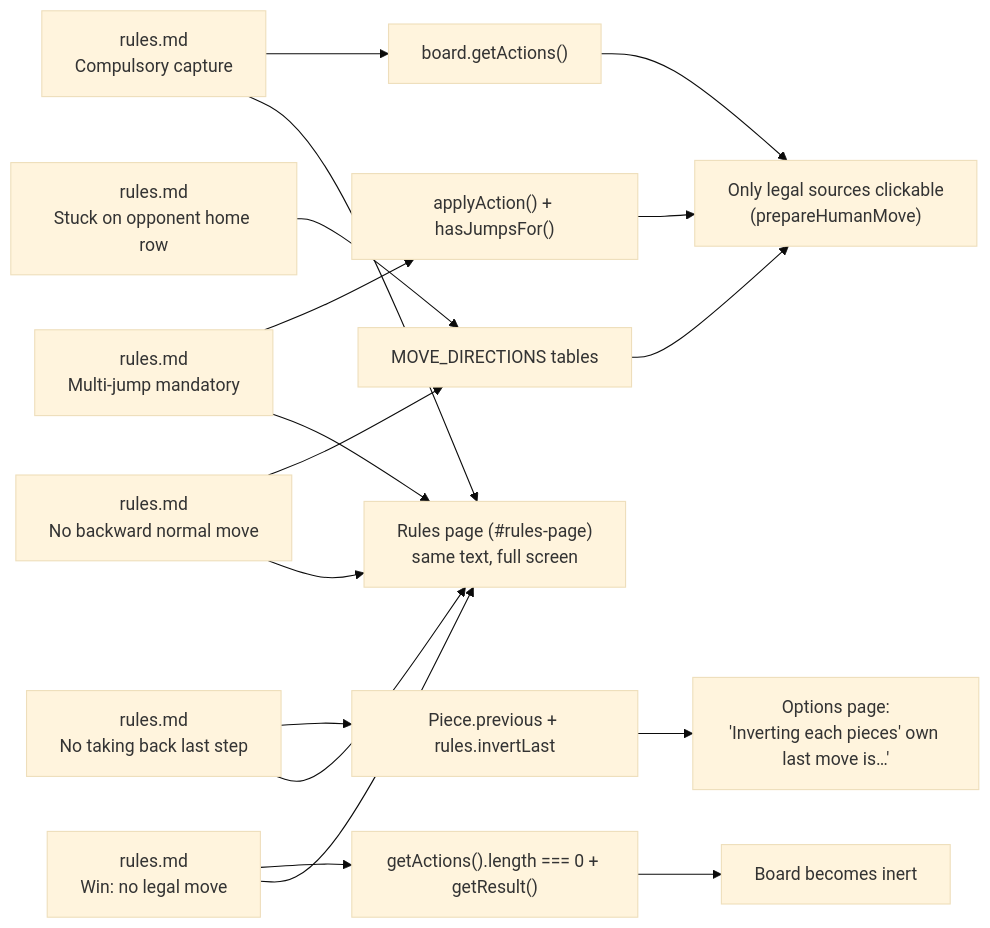
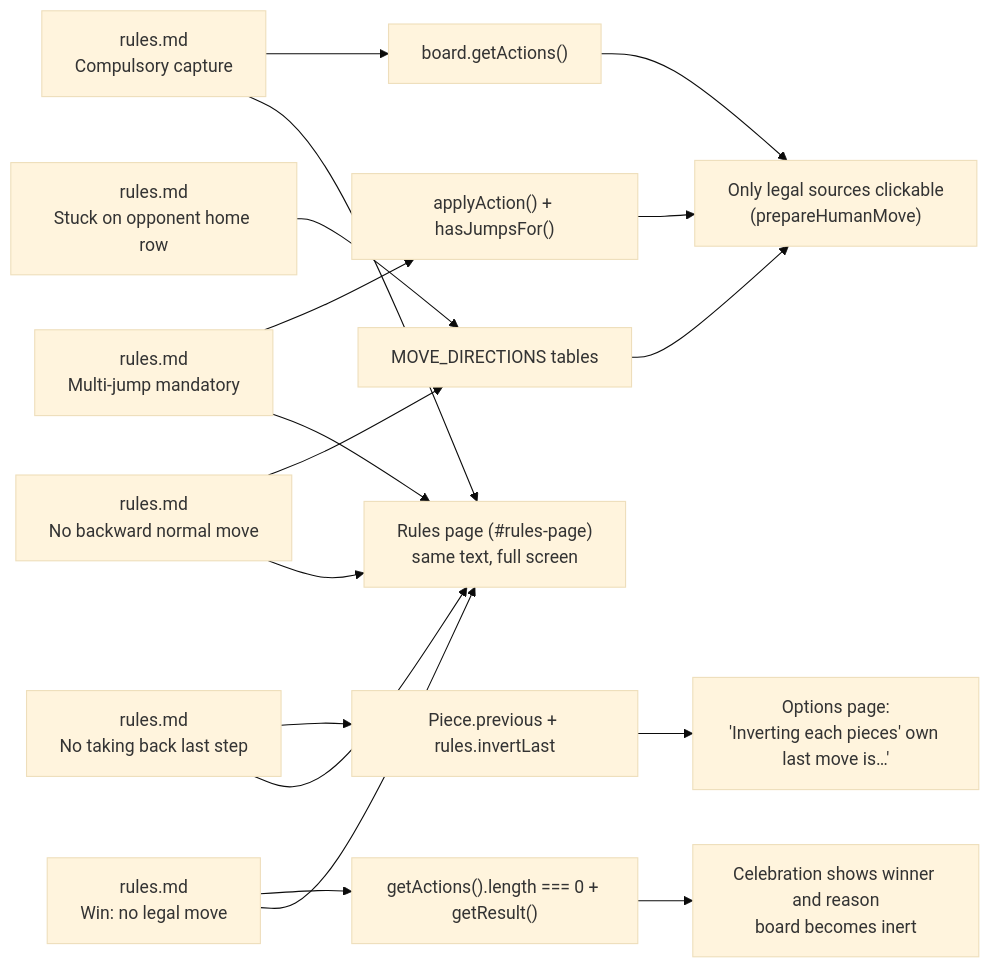
Before and after one commit to OMerkel/Alquerque: diagram 20 of 20 in doc/software_architecture.md, drawn with Mermaid (base theme). The commit also changed other lines of this file and 10 other files, not shown here.

````diff
--- a/doc/software_architecture.md
+++ b/doc/software_architecture.md
@@ -1023,20 +1035,20 @@
 ```mermaid
 flowchart LR
   R1["rules.md<br/>Compulsory capture"] --> C1["board.getActions()"]
   R2["rules.md<br/>Multi-jump mandatory"] --> C2["applyAction() + hasJumpsFor()"]
   R3["rules.md<br/>No backward normal move"] --> C3["MOVE_DIRECTIONS tables"]
   R4["rules.md<br/>Stuck on opponent home row"] --> C3
   R5["rules.md<br/>No taking back last step"] --> C4["Piece.previous + rules.invertLast"]
   R6["rules.md<br/>Win: no legal move"] --> C5["getActions().length === 0 + getResult()"]
 
   C1 --> V1["Only legal sources clickable<br/>(prepareHumanMove)"]
   C2 --> V1
   C3 --> V1
   C4 --> O1["Options page:<br/>'Inverting each pieces' own last move is…'"]
-  C5 --> V2["Board becomes inert"]
+  C5 --> V2["Celebration shows winner and reason<br/>board becomes inert"]
   R1 --> D1["Rules page (#rules-page)<br/>same text, full screen"]
   R2 --> D1
   R3 --> D1
   R5 --> D1
   R6 --> D1
 ```
````
